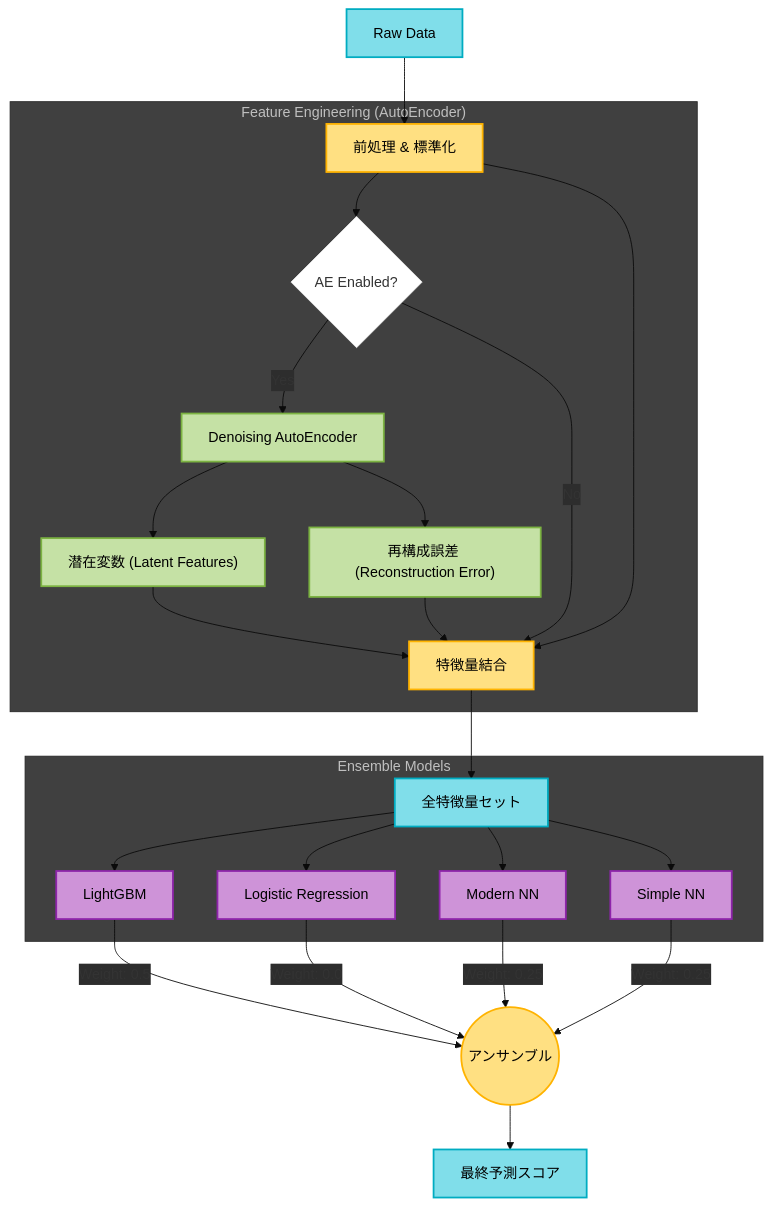
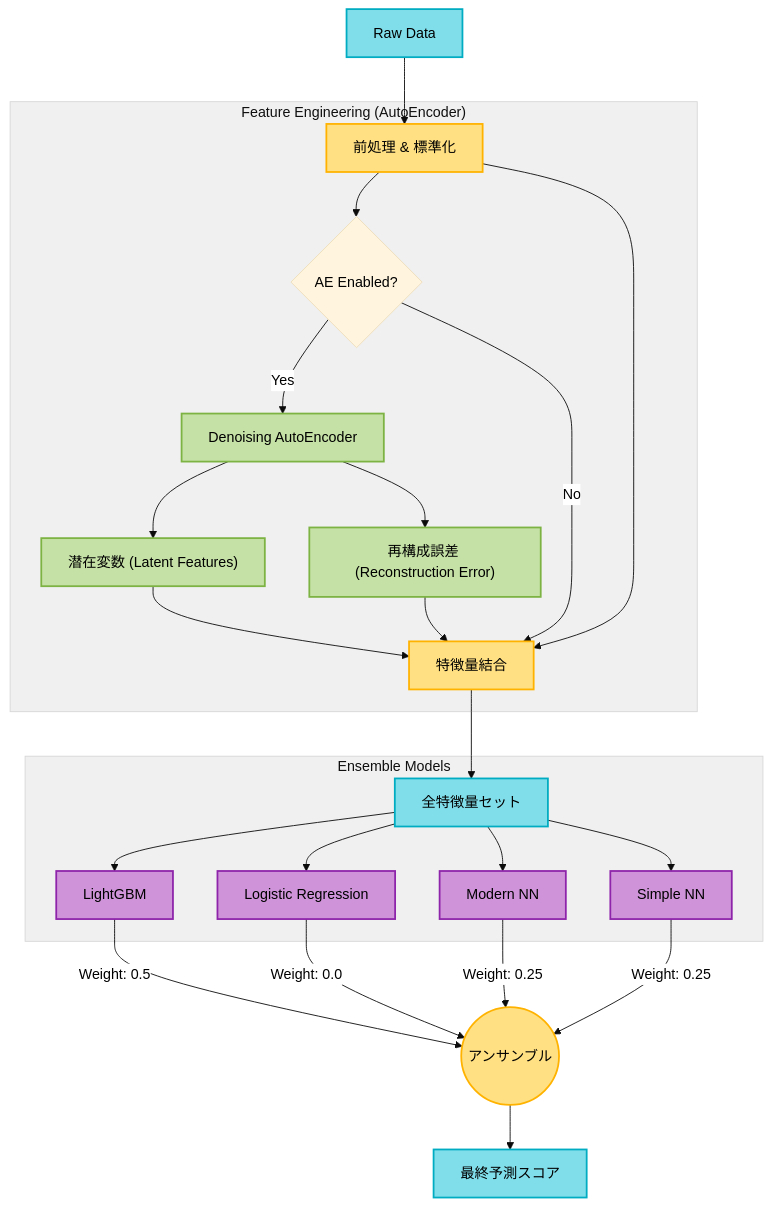
Before and after one commit to souldrive7/stock_analysis: the diagram in README.md, drawn with Mermaid.

Commit message:
Update README for dark mode settings and node styles

````diff
--- a/README.md
+++ b/README.md
@@ -17,43 +17,43 @@
 ```mermaid
 graph TD
-    %% ダークモード対応の初期設定
-    %%{init: {'theme': 'base', 'themeVariables': { 'primaryColor': '#ffffff', 'edgeLabelBackground':'#2d2d2d', 'tertiaryColor': '#404040'}}}%%
+    %% ダークモード対応の初期設定（文字色を黒、エッジのラベル背景を暗く設定）
+    %%{init: {'theme': 'base', 'themeVariables': { 'primaryTextColor': '#000000', 'edgeLabelBackground':'#ffffff', 'tertiaryColor': '#f0f0f0'}}}%%
 
-    %% ノードのスタイル定義 (明るく鮮やかな配色に変更)
-    %% data: 明るいシアンブルー (文字色:黒)
+    %% ノードのスタイル定義 (明るく鮮やかで、文字が読みやすい配色に変更)
+    %% data: 明るいシアンブルー (データフローを表現)
     classDef data fill:#80DEEA,stroke:#00ACC1,stroke-width:2px,color:#000000;
-    %% process: 明るいイエローオレンジ (文字色:黒)
+    %% process: 明るいアンバー/オレンジ (処理・アクションを表現)
     classDef process fill:#FFE082,stroke:#FFB300,stroke-width:2px,color:#000000;
-    %% ae: 明るいライムグリーン (文字色:黒)
+    %% ae: 明るいライムグリーン (AutoEncoder関連を表現)
     classDef ae fill:#C5E1A5,stroke:#7CB342,stroke-width:2px,color:#000000;
-    %% model: 明るいラベンダーパープル (文字色:黒)
+    %% model: 明るいラベンダーパープル (予測モデルを表現)
     classDef model fill:#CE93D8,stroke:#8E24AA,stroke-width:2px,color:#000000;
 
     Data[Raw Data]:::data --> Pre[前処理 & 標準化]:::process
     Pre --> Switch{AE Enabled?}
 
     subgraph "Feature Engineering (AutoEncoder)"
         Switch -- Yes --> AE[Denoising AutoEncoder]:::ae
         AE --> Latent["潜在変数 (Latent Features)"]:::ae
         AE --> Recon["再構成誤差 (Reconstruction Error)"]:::ae
         Latent & Recon --> Concat[特徴量結合]:::process
         Switch -- No --> Concat
         Pre --> Concat
     end
 
     Concat --> Features[全特徴量セット]:::data
 
     subgraph "Ensemble Models"
         Features --> LGBM[LightGBM]:::model
         Features --> Logit[Logistic Regression]:::model
         Features --> M_NN[Modern NN]:::model
         Features --> S_NN[Simple NN]:::model
     end
 
     LGBM -->|Weight: 0.5| Ens((アンサンブル)):::process
     Logit -->|Weight: 0.0| Ens
     M_NN -->|Weight: 0.25| Ens
     S_NN -->|Weight: 0.25| Ens
 
     Ens --> Result[最終予測スコア]:::data
 ```
````
